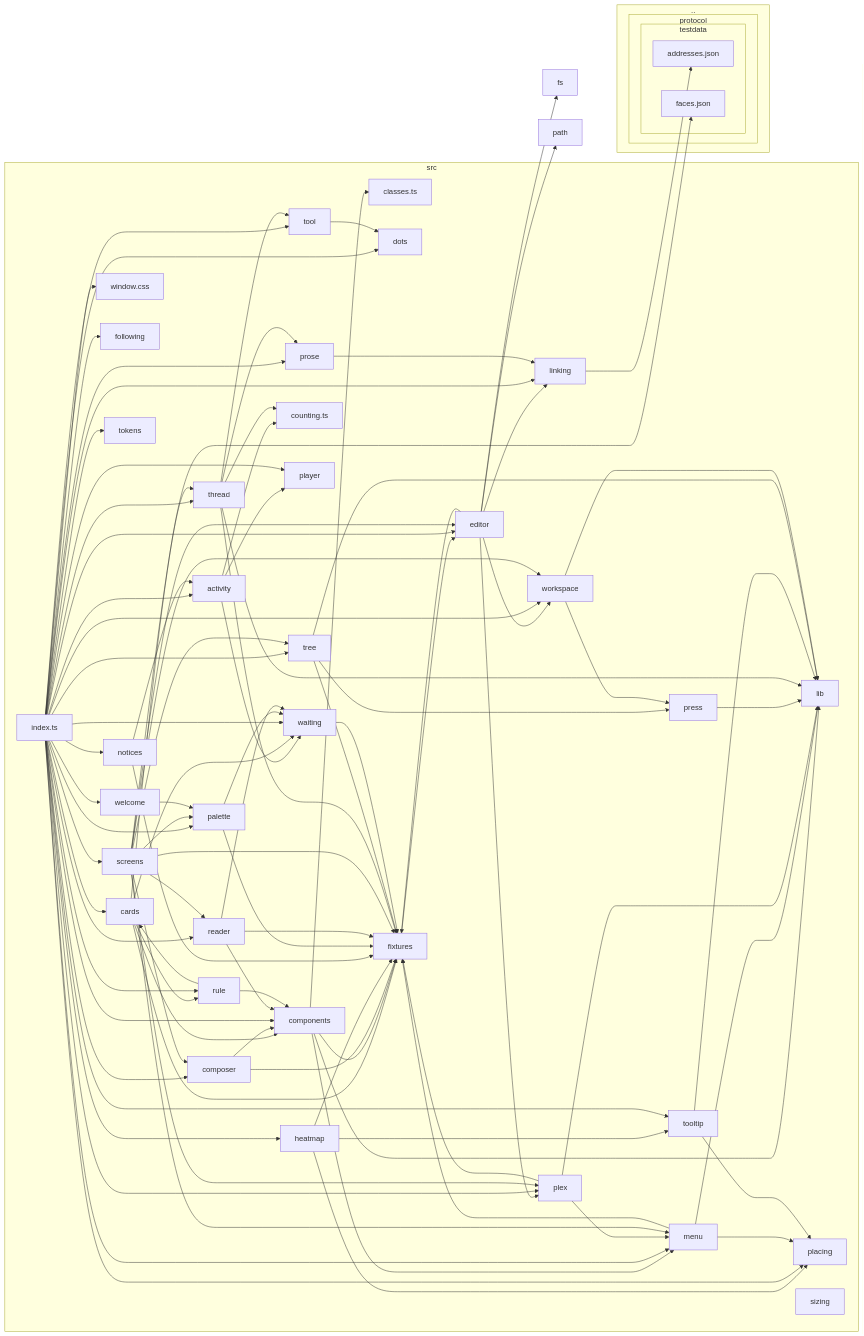
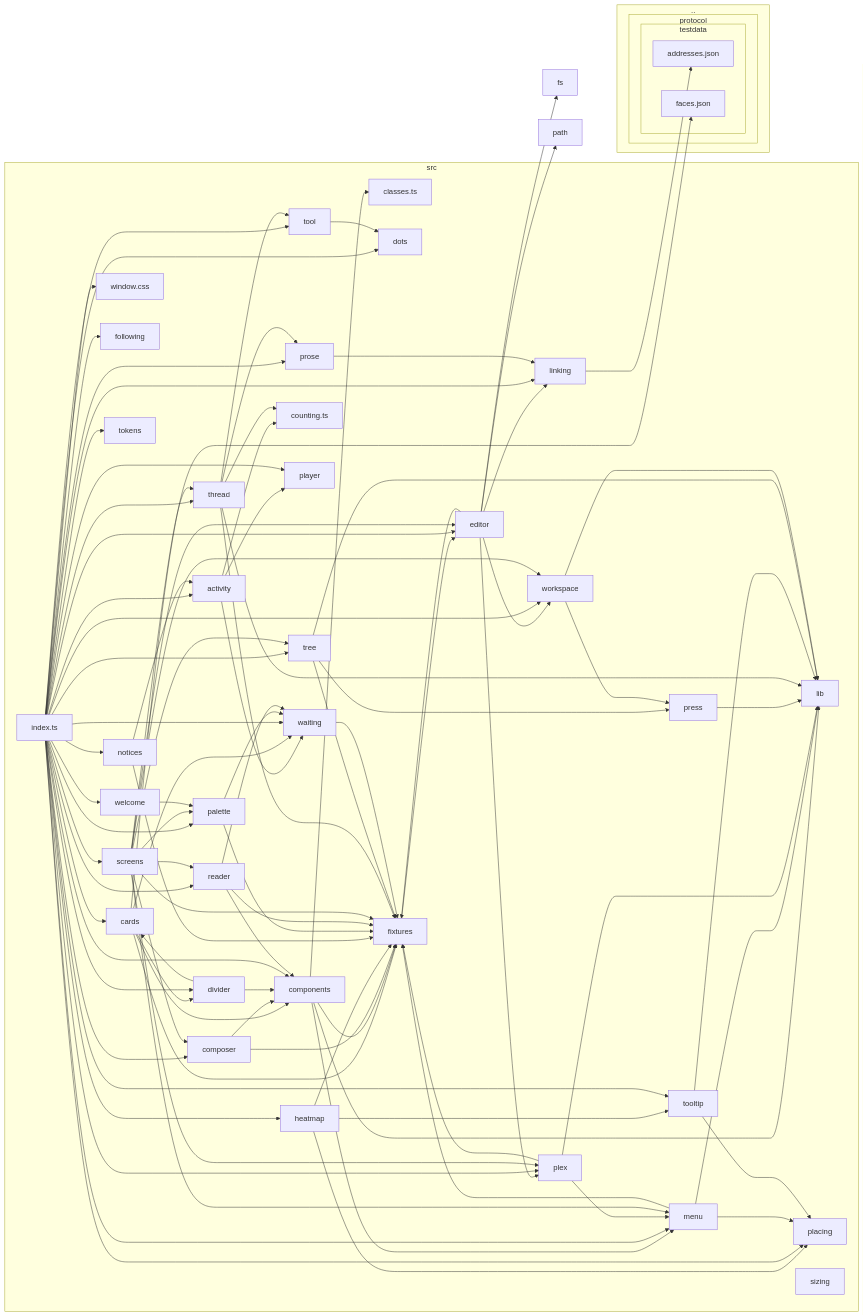
One commit to jiva-studio/numen changed the first of 4 diagrams in docs/dependencies.md. Above: the diagram before and after it, drawn with Mermaid. The commit also changed other lines of this file, not shown here.

````diff
--- a/docs/dependencies.md
+++ b/docs/dependencies.md
@@ -28,24 +28,24 @@
 B["components"]
 C["composer"]
 D["counting.ts"]
-E["dots"]
-F["editor"]
-G["fixtures"]
-H["following"]
-I["heatmap"]
-J["index.ts"]
-K["lib"]
-L["linking"]
-M["menu"]
-N["notices"]
-O["palette"]
-P["placing"]
-Q["player"]
-R["plex"]
-S["press"]
-T["prose"]
-U["reader"]
-V["rule"]
+E["divider"]
+F["dots"]
+G["editor"]
+H["fixtures"]
+I["following"]
+J["heatmap"]
+K["index.ts"]
+L["lib"]
+M["linking"]
+N["menu"]
+O["notices"]
+P["palette"]
+Q["placing"]
+R["player"]
+S["plex"]
+T["press"]
+U["prose"]
+V["reader"]
 W["screens"]
 X["sizing"]
 Y["thread"]
@@ -60,97 +60,97 @@
 end
 8-->13
 8-->D
-8-->Q
-9-->V
+8-->R
+9-->E
 9-->B
-9-->G
+9-->H
 9-->13
 9-->4
 B-->A
-B-->G
-B-->K
-B-->M
-C-->G
+B-->H
+B-->L
+B-->N
+C-->H
 C-->B
-F-->G
-F-->16
-F-->R
-F-->L
-F-->5
-F-->6
-G-->F
-I-->G
-I-->P
-I-->11
-J-->8
-J-->9
-J-->B
-J-->C
-J-->E
-J-->F
+E-->9
+E-->B
+G-->H
+G-->16
+G-->S
+G-->M
+G-->5
+G-->6
+H-->G
 J-->H
-J-->I
-J-->L
-J-->M
-J-->N
-J-->O
-J-->P
 J-->Q
-J-->R
-J-->T
-J-->U
-J-->V
-J-->W
-J-->Y
-J-->Z
-J-->10
 J-->11
-J-->12
-J-->13
-J-->14
-J-->15
-J-->16
-L-->3
-M-->K
-M-->P
-M-->G
-N-->8
-N-->G
-O-->13
-O-->G
-R-->K
-R-->M
-R-->G
-S-->K
+K-->8
+K-->9
+K-->B
+K-->C
+K-->E
+K-->F
+K-->G
+K-->I
+K-->J
+K-->M
+K-->N
+K-->O
+K-->P
+K-->Q
+K-->R
+K-->S
+K-->U
+K-->V
+K-->W
+K-->Y
+K-->Z
+K-->10
+K-->11
+K-->12
+K-->13
+K-->14
+K-->15
+K-->16
+M-->3
+N-->Q
+N-->L
+N-->H
+O-->8
+O-->H
+P-->13
+P-->H
+S-->L
+S-->N
+S-->H
 T-->L
-U-->B
-U-->13
-U-->G
-V-->9
+U-->M
 V-->B
+V-->13
+V-->H
 W-->C
 W-->Y
+W-->H
+W-->S
+W-->16
 W-->G
-W-->R
-W-->16
-W-->F
-W-->M
-W-->O
-W-->U
+W-->N
+W-->P
+W-->V
 W-->12
-Y-->T
+Y-->U
 Y-->10
 Y-->D
-Y-->K
-Y-->G
-10-->E
-11-->K
-11-->P
-12-->K
-12-->S
-12-->G
-13-->G
-14-->O
-16-->K
-16-->S
+Y-->L
+Y-->H
+10-->F
+11-->L
+11-->Q
+12-->L
+12-->T
+12-->H
+13-->H
+14-->P
+16-->L
+16-->T
 ```
````
